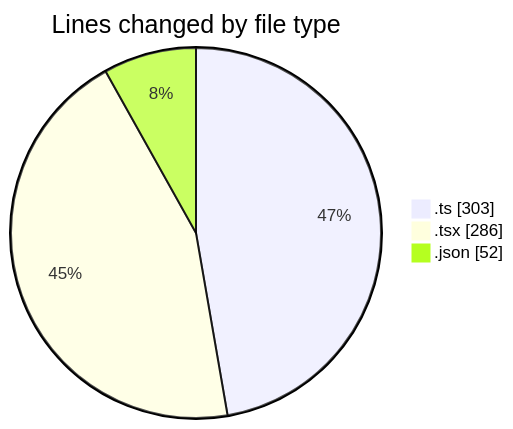
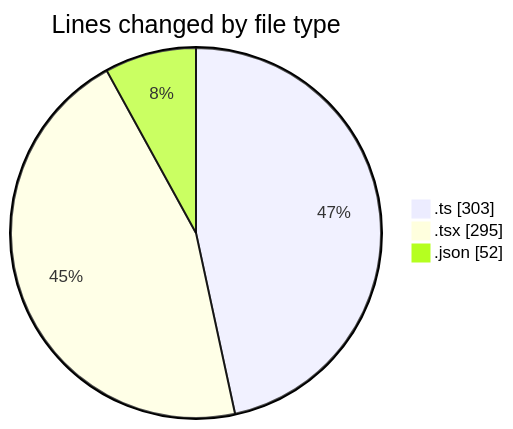
Before and after one commit to julien-gomy/code-tracking: the first of 2 diagrams in 2025-11-24/eventscop-frontend-guide__workspace_/README.md, drawn with Mermaid. The commit also changed other lines of this file and 1 other file, not shown here.

````diff
--- a/2025-11-24/eventscop-frontend-guide__workspace_/README.md
+++ b/2025-11-24/eventscop-frontend-guide__workspace_/README.md
@@ -30,7 +30,7 @@
 ```mermaid
 pie showData
 title Lines changed by file type
 ".ts" : 303
-".tsx" : 286
+".tsx" : 295
 ".json" : 52
 ```
````
